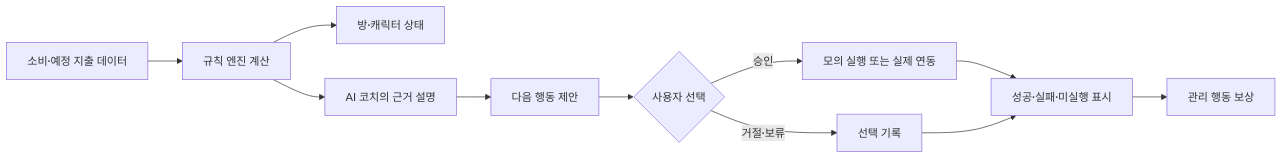
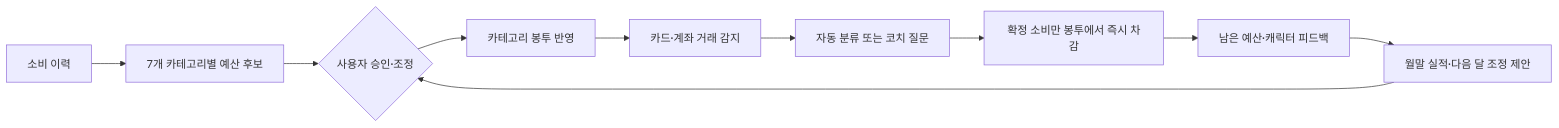
One commit to hojunjeon/2nd_A408_planning changed the first of 2 diagrams in 06/KeyFin_발표.md. Above: the diagram before and after it, drawn with Mermaid. The commit also changed other lines of this file, not shown here.

````diff
--- a/06/KeyFin_발표.md
+++ b/06/KeyFin_발표.md
@@ -59,13 +59,12 @@
 ```mermaid
 flowchart LR
-    A[소비·예정 지출 데이터] --> B[규칙 엔진 계산]
-    B --> C[방·캐릭터 상태]
-    B --> D[AI 코치의 근거 설명]
-    D --> E[다음 행동 제안]
-    E --> F{사용자 선택}
-    F -->|승인| G[모의 실행 또는 실제 연동]
-    F -->|거절·보류| H[선택 기록]
-    G --> I[성공·실패·미실행 표시]
-    H --> I
-    I --> J[관리 행동 보상]
+    A[소비 이력] --> B[7개 카테고리별 예산 후보]
+    B --> C{사용자 승인·조정}
+    C --> D[카테고리 봉투 반영]
+    D --> E[카드·계좌 거래 감지]
+    E --> F[자동 분류 또는 코치 질문]
+    F --> G[확정 소비만 봉투에서 즉시 차감]
+    G --> H[남은 예산·캐릭터 피드백]
+    H --> I[월말 실적·다음 달 조정 제안]
+    I --> C
 ```
````
